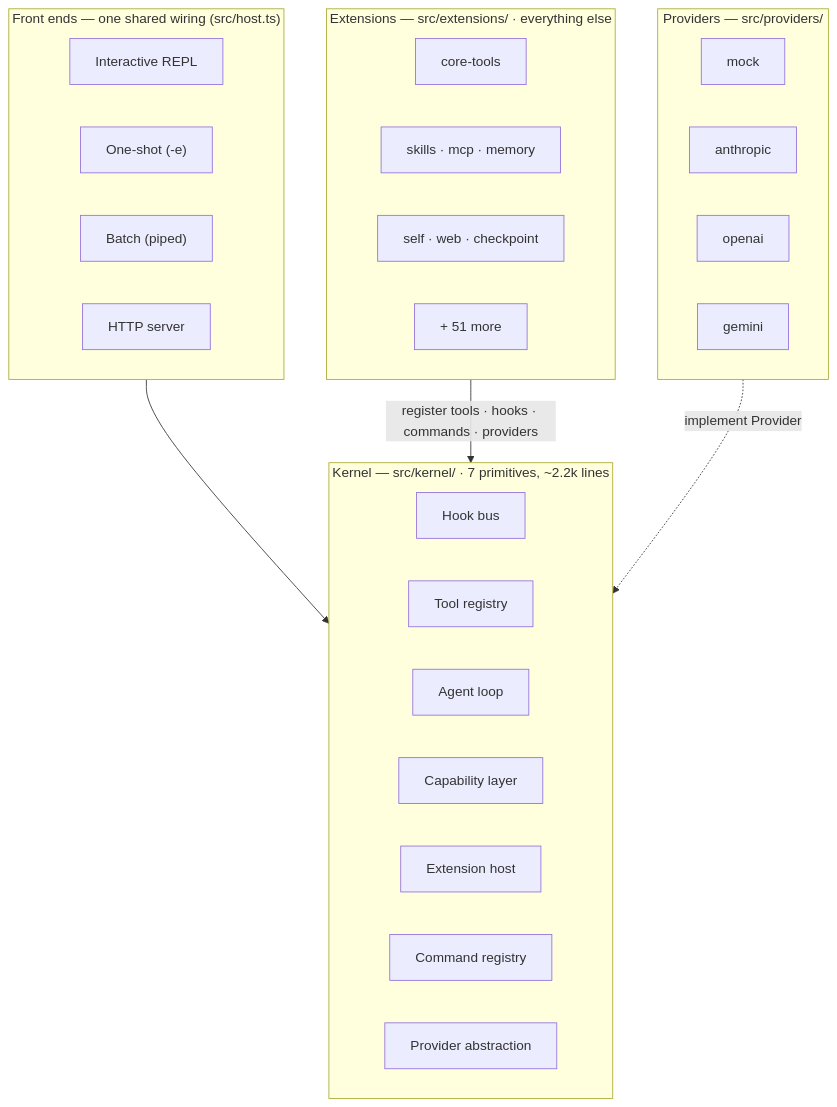
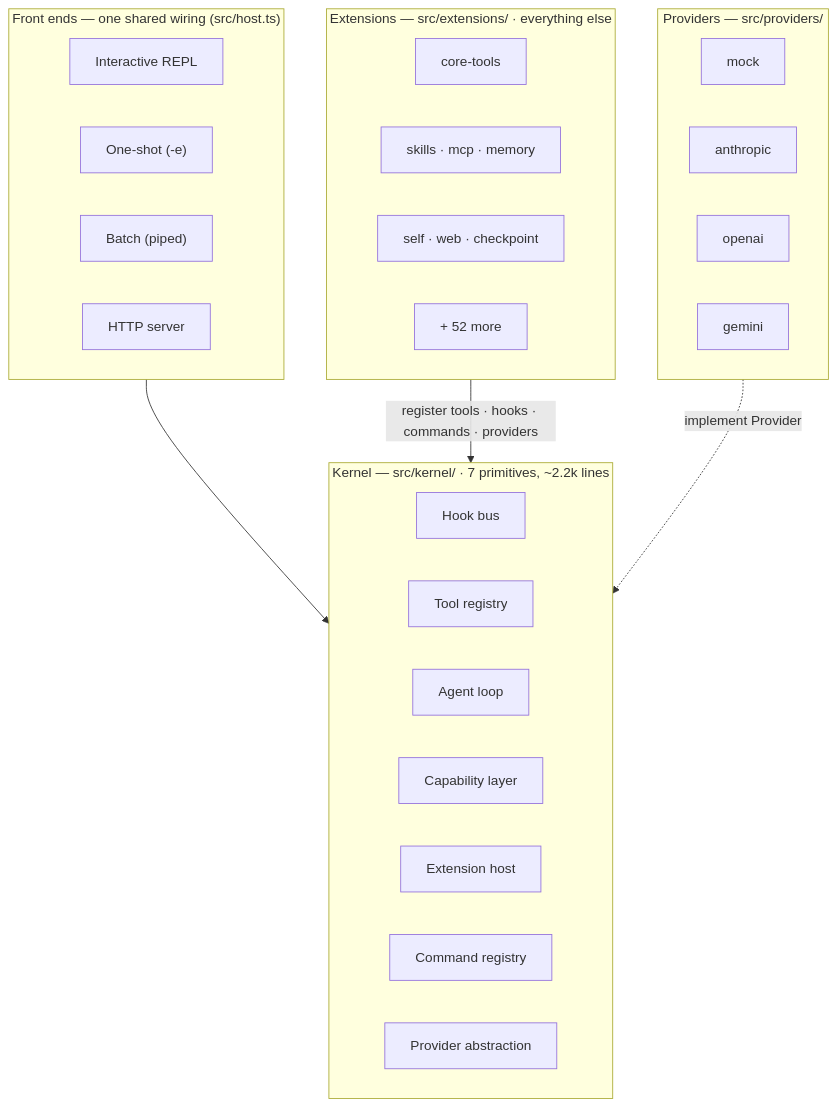
One commit to caohaotiantian/EAgent changed the first of 5 diagrams in README.md. Above: the diagram before and after it, drawn with Mermaid. The commit also changed other lines of this file and 37 other files, not shown here.

````diff
--- a/README.md
+++ b/README.md
@@ -16,41 +16,41 @@
 ```mermaid
 flowchart TB
     subgraph FE["Front ends — one shared wiring (src/host.ts)"]
         direction LR
         REPL["Interactive REPL"]
         ONE["One-shot (-e)"]
         BATCH["Batch (piped)"]
         HTTP["HTTP server"]
     end
 
     subgraph KERNEL["Kernel — src/kernel/ · 7 primitives, ~2.2k lines"]
         direction LR
         HOOKS["Hook bus"]
         REG["Tool registry"]
         LOOP["Agent loop"]
         CAPS["Capability layer"]
         EXT["Extension host"]
         CMD["Command registry"]
         PROV["Provider abstraction"]
     end
 
     subgraph EXTS["Extensions — src/extensions/ · everything else"]
         direction LR
         X1["core-tools"]
         X2["skills · mcp · memory"]
         X3["self · web · checkpoint"]
-        X4["+ 51 more"]
+        X4["+ 52 more"]
     end
 
     subgraph PROVIDERS["Providers — src/providers/"]
         direction LR
         PM["mock"]
         PA["anthropic"]
         PO["openai"]
         PG["gemini"]
     end
 
     FE --> KERNEL
     EXTS -->|"register tools · hooks · commands · providers"| KERNEL
     PROVIDERS -.->|"implement Provider"| PROV
 ```
````
